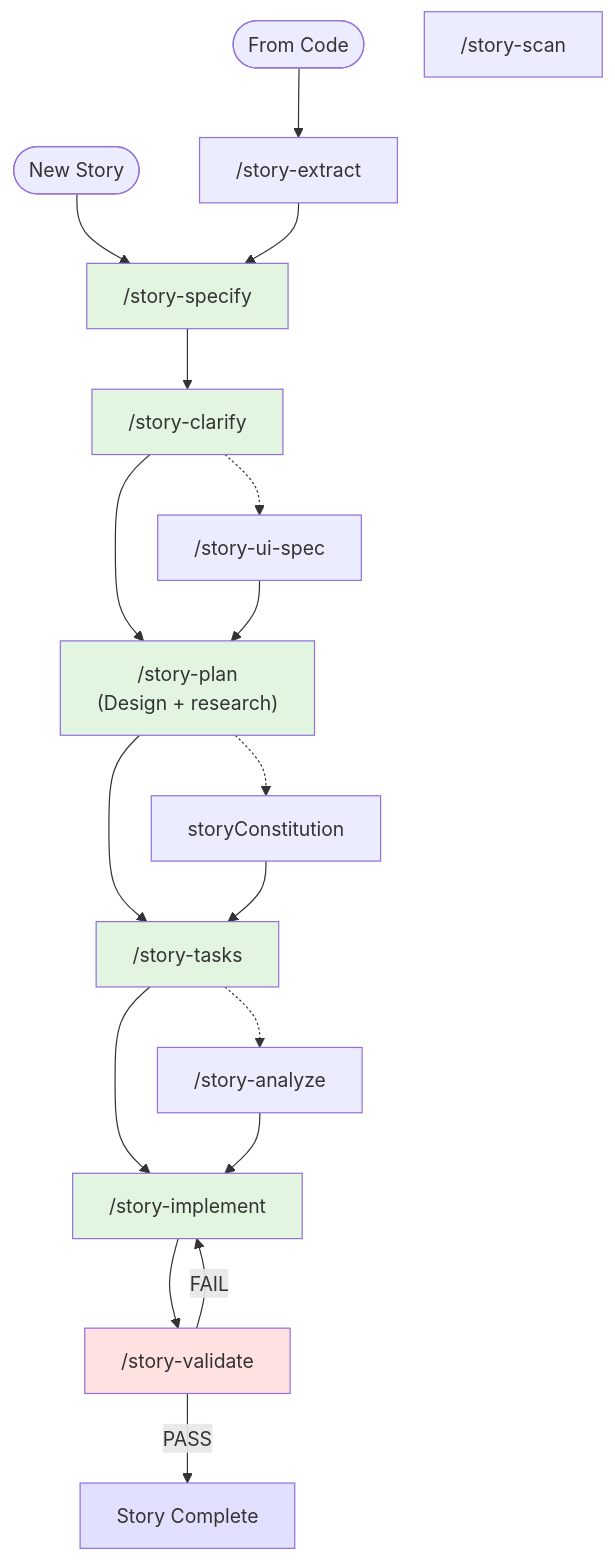
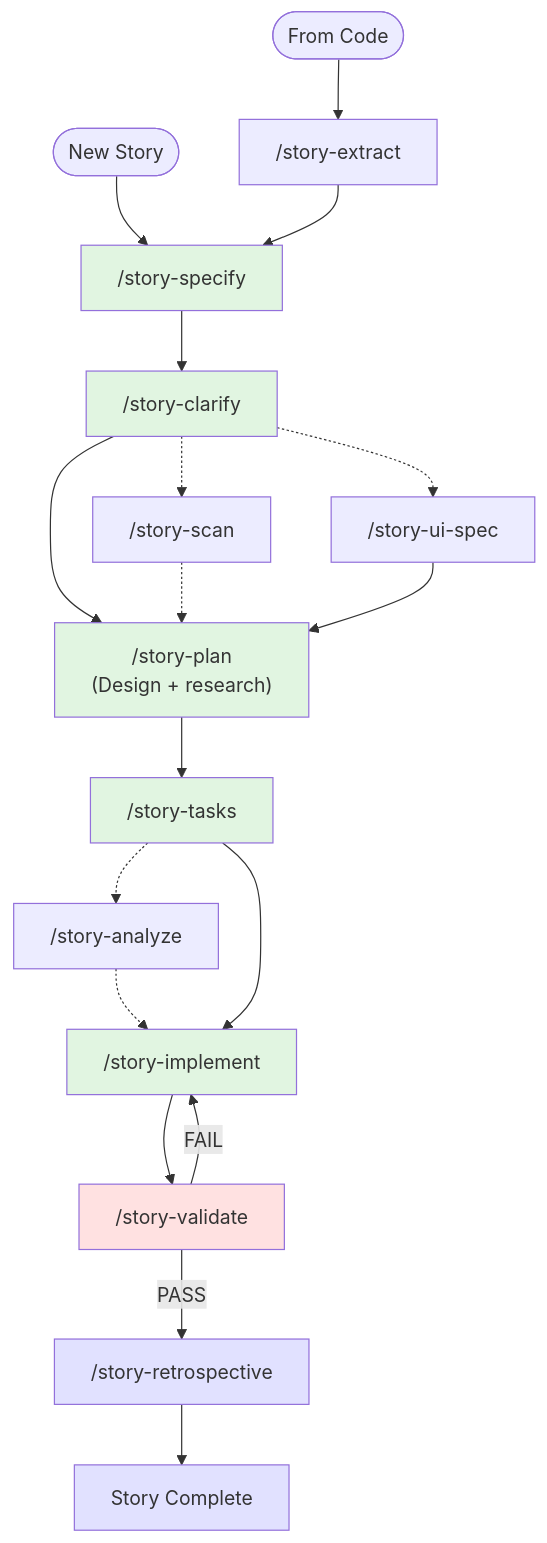
Before and after one commit to telum-ai/speck: the third of 3 diagrams in .speck/README.md, drawn with Mermaid. The commit also changed other lines of this file and 4 other files, not shown here.

First line of the commit message:
feat(methodology): add JTBD framework, commit checkpoints, fix story flow

````diff
--- a/.speck/README.md
+++ b/.speck/README.md
@@ -195,45 +195,48 @@
 ```mermaid
 graph TD
     StoryStart([New Story]) --> storySpecify
     ExtractStart([From Code]) --> storyExtract
     storyExtract --> storySpecify
     
     storySpecify --> storyClarify
     storyClarify --> storyPlan
     
+    storyClarify -.-> storyScan
+    storyScan -.-> storyPlan
+    
     storyClarify -.-> storyUISpec
     storyUISpec --> storyPlan
     
     storyPlan --> storyTasks
     
-    storyPlan -.-> storyConstitution
-    storyConstitution --> storyTasks
+    storyTasks -.-> storyAnalyze
+    storyAnalyze -.-> storyImplement
     
     storyTasks --> storyImplement
     storyImplement --> storyValidate
     
-    storyTasks -.-> storyAnalyze
-    storyAnalyze --> storyImplement
-    
-    storyValidate --> |PASS| done["Story Complete"]
+    storyValidate --> |PASS| storyRetro
+    storyRetro --> done["Story Complete"]
     storyValidate --> |FAIL| storyImplement
     
     storySpecify["/story-specify"]
     storyExtract["/story-extract"]
     storyClarify["/story-clarify"]
     storyPlan["/story-plan<br/>(Design + research)"]
     storyScan["/story-scan"]
     storyUISpec["/story-ui-spec"]
     storyTasks["/story-tasks"]
     storyImplement["/story-implement"]
     storyAnalyze["/story-analyze"]
     storyValidate["/story-validate"]
+    storyRetro["/story-retrospective"]
     
     style storySpecify fill:#e1f5e1
     style storyClarify fill:#e1f5e1
     style storyPlan fill:#e1f5e1
     style storyTasks fill:#e1f5e1
     style storyImplement fill:#e1f5e1
     style storyValidate fill:#ffe1e1
+    style storyRetro fill:#e1e1ff
     style done fill:#e1e1ff
 ```
````
